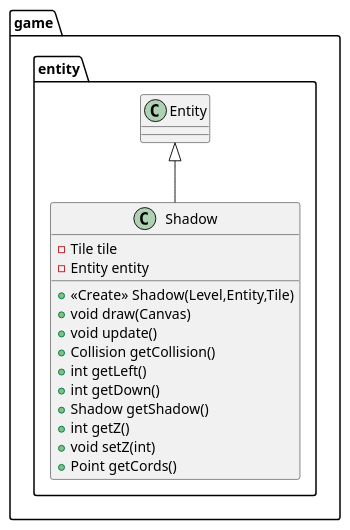
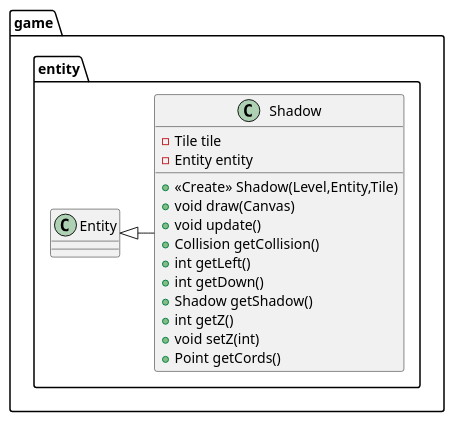
The diagram in ProjectApp/app/src/main/java/com/avasaysayava/bagrutproject/game/entity/Shadow.puml (Avasay-Sayava/BagrutProject), drawn with PlantUML before and after one commit. The commit also changed 8 other files, not shown here.

```diff
--- a/ProjectApp/app/src/main/java/com/avasaysayava/bagrutproject/game/entity/Shadow.puml
+++ b/ProjectApp/app/src/main/java/com/avasaysayava/bagrutproject/game/entity/Shadow.puml
@@ -1,21 +1,21 @@
 @startuml
 class game.entity.Shadow {
 - Tile tile
 - Entity entity
 + <<Create>> Shadow(Level,Entity,Tile)
 + void draw(Canvas)
 + void update()
 + Collision getCollision()
 + int getLeft()
 + int getDown()
 + Shadow getShadow()
 + int getZ()
 + void setZ(int)
 + Point getCords()
 }
 
 
 
 
-game.entity.Entity <|-- game.entity.Shadow
+game.entity.Entity <|- game.entity.Shadow
 @enduml
```
